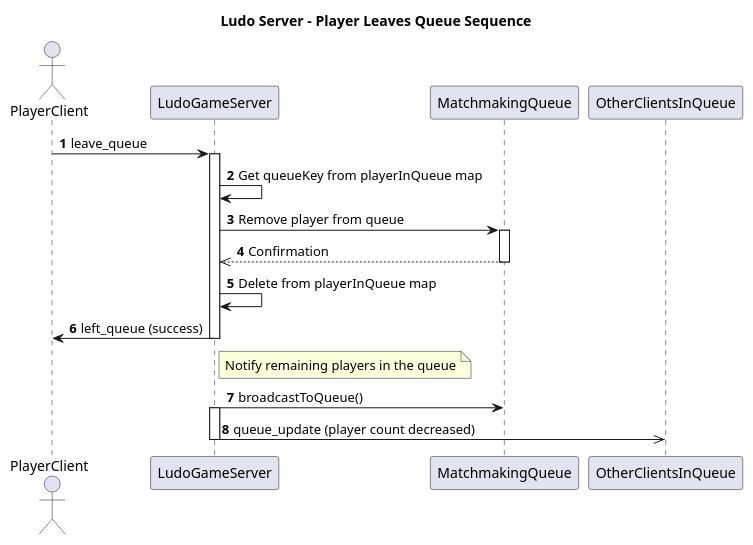
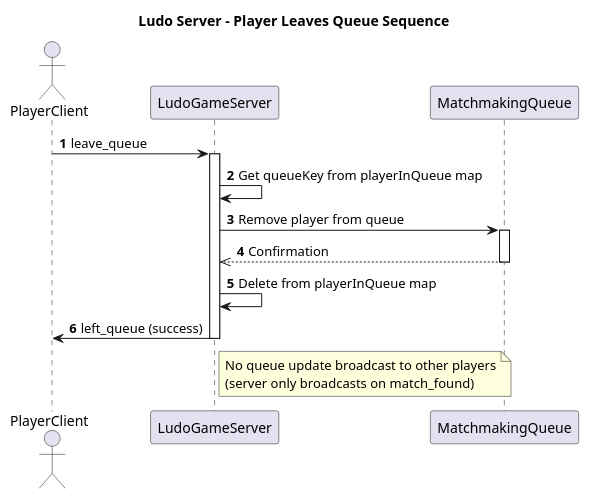
Before and after one commit to IAFahim/LudoLoop: the diagram in server/3. Sequence Diagram - Player Leaves a Queue.puml, drawn with PlantUML. The commit also changed 13 other files, not shown here.

```diff
--- a/server/3. Sequence Diagram - Player Leaves a Queue.puml
+++ b/server/3. Sequence Diagram - Player Leaves a Queue.puml
@@ -1,28 +1,23 @@
 @startuml
 autonumber
 title Ludo Server - Player Leaves Queue Sequence
 
 actor "PlayerClient" as Client
 participant "LudoGameServer" as Server
 participant "MatchmakingQueue" as Queue
 
 Client -> Server: leave_queue
 activate Server
 Server -> Server: Get queueKey from playerInQueue map
 Server -> Queue: Remove player from queue
 activate Queue
 Queue -->> Server: Confirmation
 deactivate Queue
 Server -> Server: Delete from playerInQueue map
 
 Server -> Client: left_queue (success)
 deactivate Server
 
-note right of Server: Notify remaining players in the queue
-
-Server -> Queue: broadcastToQueue()
-activate Server
-Server ->> OtherClientsInQueue: queue_update (player count decreased)
-deactivate Server
+note right of Server: No queue update broadcast to other players\n(server only broadcasts on match_found)
 
 @enduml
```
